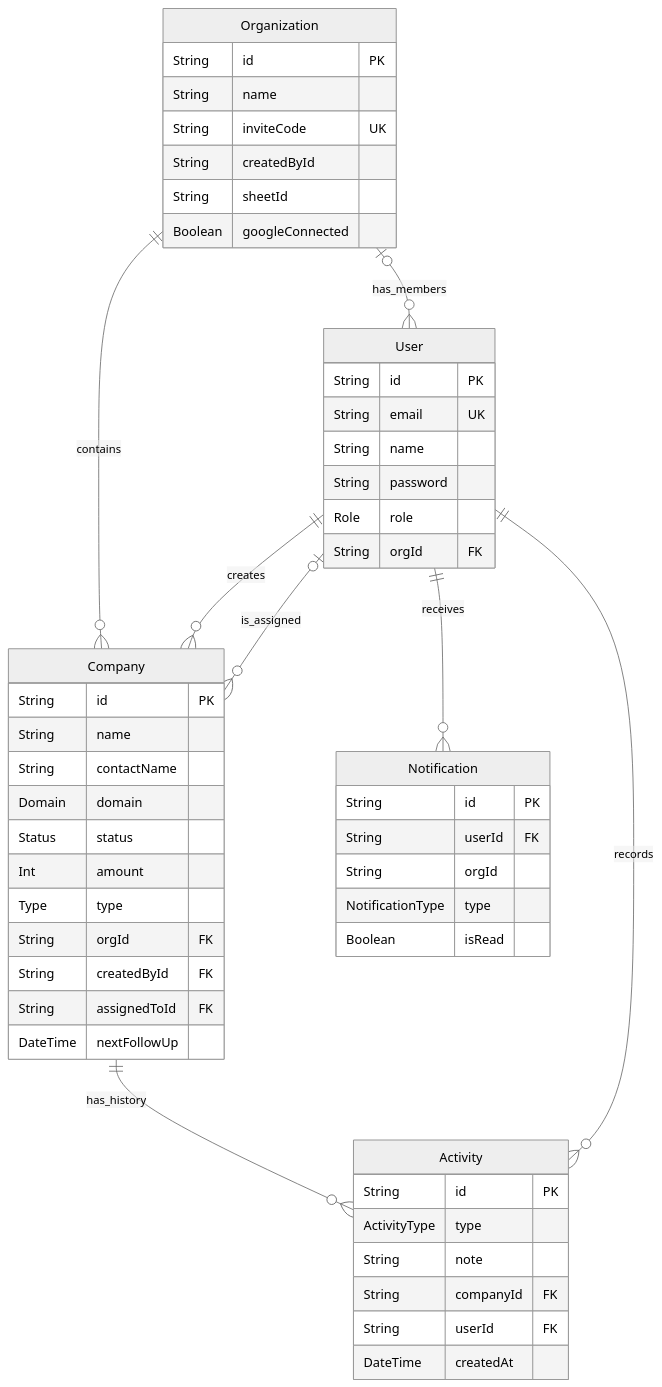
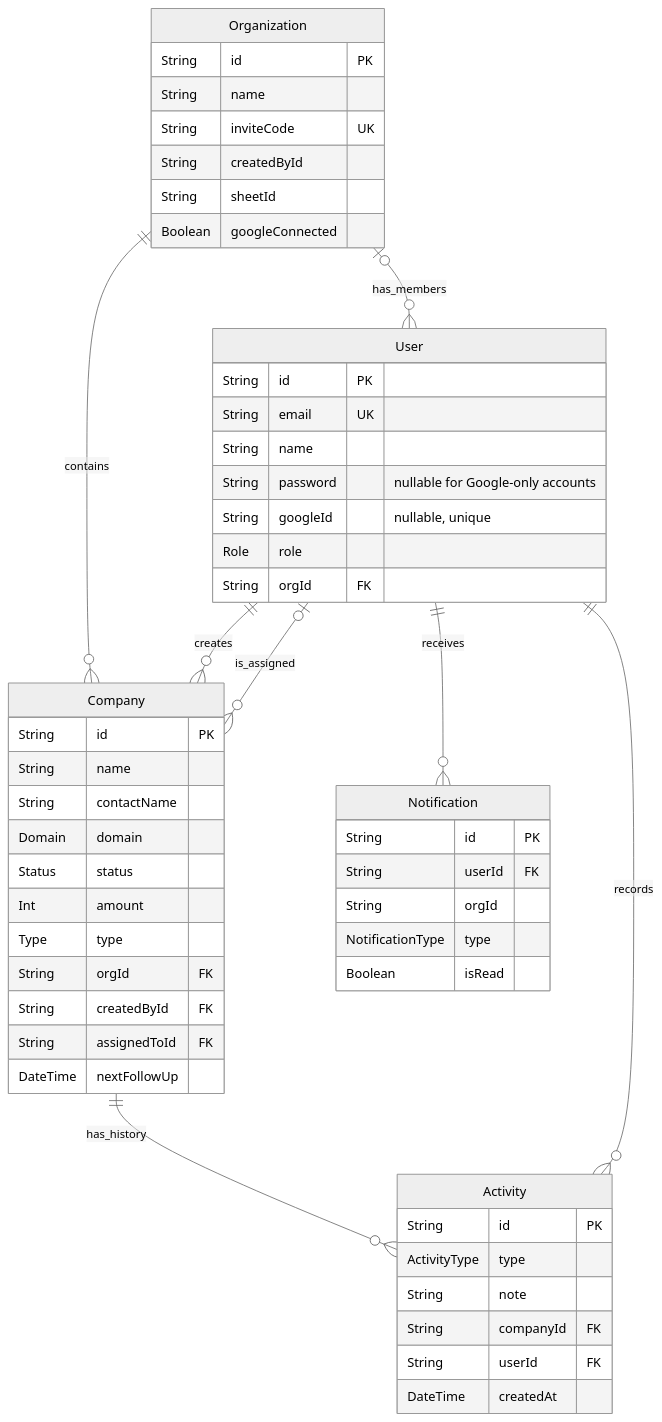
One commit to itzzfalcon52/sponsCRM changed the fifth of 6 diagrams in README.md. Above: the diagram before and after it, drawn with Mermaid (neutral theme). The commit also changed other lines of this file and 19 other files, not shown here.

````diff
--- a/README.md
+++ b/README.md
@@ -249,55 +251,56 @@
 ```mermaid
 erDiagram
     Organization o|--o{ User : has_members
     Organization ||--o{ Company : contains
     User ||--o{ Company : creates
     User o|--o{ Company : is_assigned
     Company ||--o{ Activity : has_history
     User ||--o{ Activity : records
     User ||--o{ Notification : receives
 
     Organization {
         String id PK
         String name
         String inviteCode UK
         String createdById
         String sheetId
         Boolean googleConnected
     }
     User {
         String id PK
         String email UK
         String name
-        String password
+        String password "nullable for Google-only accounts"
+        String googleId "nullable, unique"
         Role role
         String orgId FK
     }
     Company {
         String id PK
         String name
         String contactName
         Domain domain
         Status status
         Int amount
         Type type
         String orgId FK
         String createdById FK
         String assignedToId FK
         DateTime nextFollowUp
     }
     Activity {
         String id PK
         ActivityType type
         String note
         String companyId FK
         String userId FK
         DateTime createdAt
     }
     Notification {
         String id PK
         String userId FK
         String orgId
         NotificationType type
         Boolean isRead
     }
 ```
````
